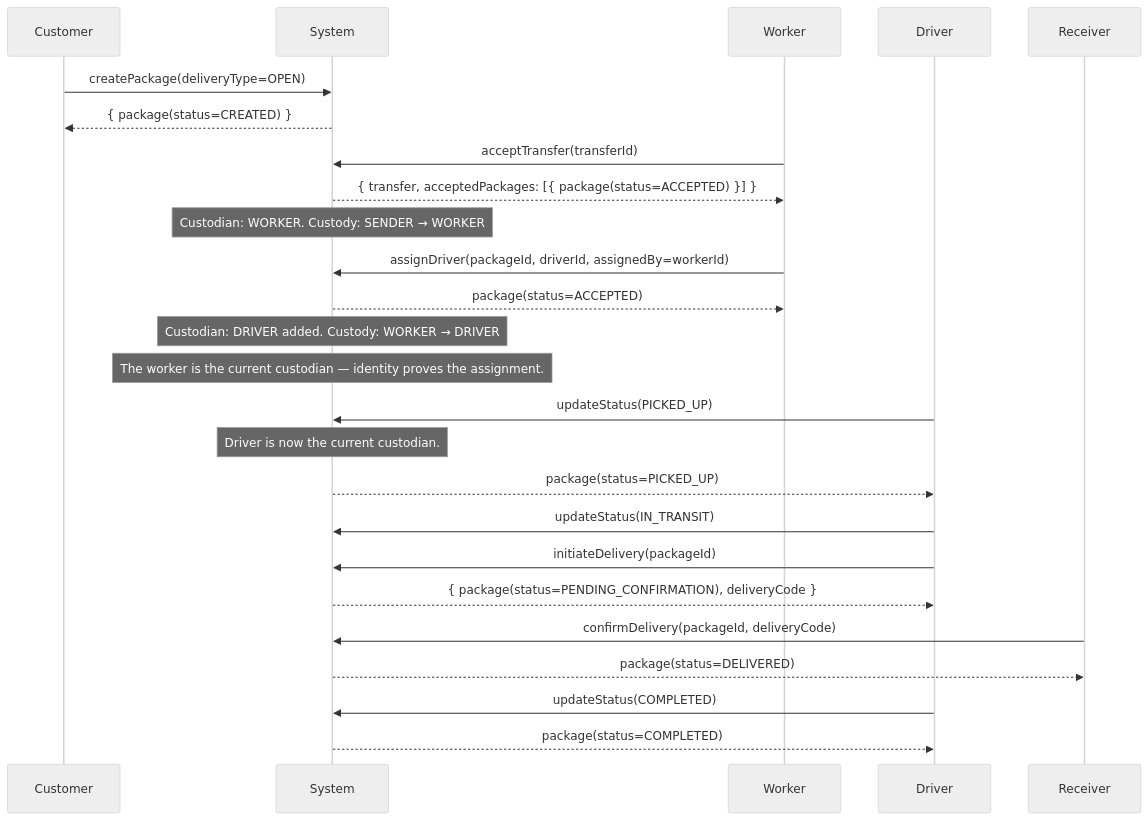
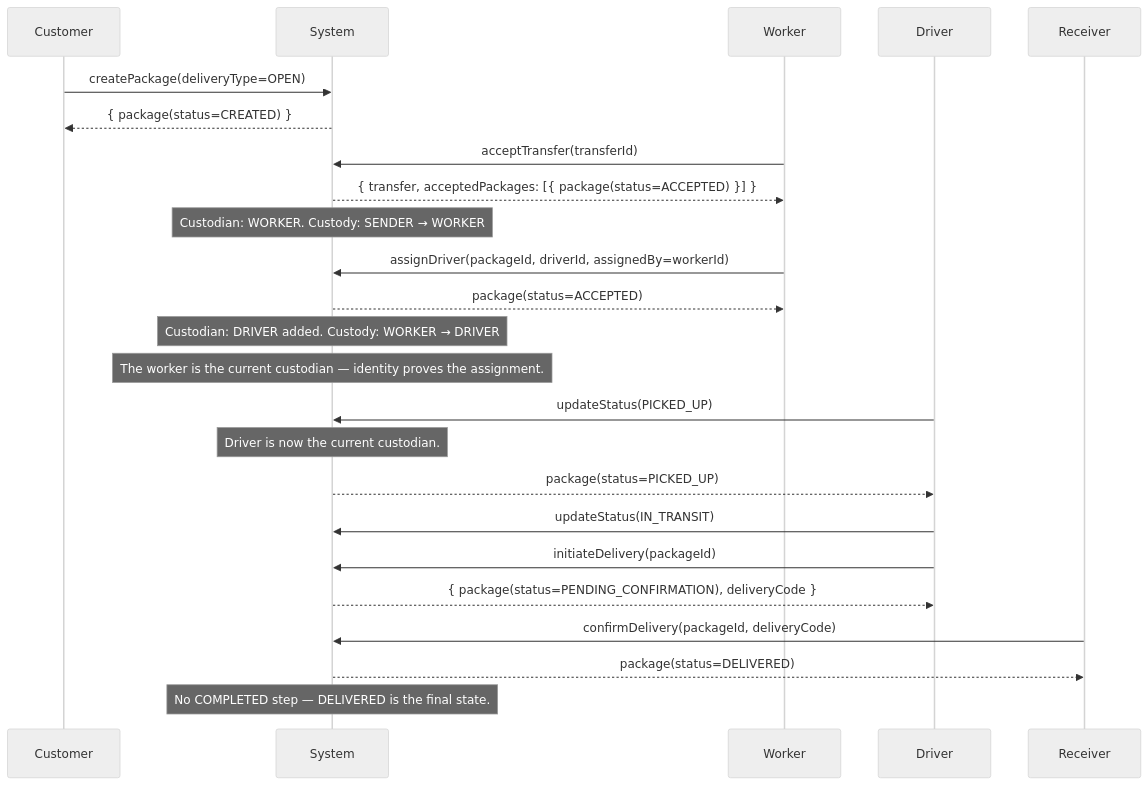
One commit to Genocadio/cavgobackend changed the fourth of 9 diagrams in ikuriyebackend/PACKAGE_FLOW.md. Above: the diagram before and after it, drawn with Mermaid (neutral theme). The commit also changed other lines of this file and 8 other files, not shown here.

````diff
--- a/ikuriyebackend/PACKAGE_FLOW.md
+++ b/ikuriyebackend/PACKAGE_FLOW.md
@@ -303,32 +319,31 @@
 ```mermaid
 sequenceDiagram
     participant C as Customer
     participant S as System
     participant W as Worker
     participant D as Driver
     participant R as Receiver
 
     C->>S: createPackage(deliveryType=OPEN)
     S-->>C: { package(status=CREATED) }
 
     W->>S: acceptTransfer(transferId)
     S-->>W: { transfer, acceptedPackages: [{ package(status=ACCEPTED) }] }
     Note over S: Custodian: WORKER. Custody: SENDER → WORKER
 
     W->>S: assignDriver(packageId, driverId, assignedBy=workerId)
     S-->>W: package(status=ACCEPTED)
     Note over S: Custodian: DRIVER added. Custody: WORKER → DRIVER
     Note over S: The worker is the current custodian — identity proves the assignment.
 
     D->>S: updateStatus(PICKED_UP)
     Note over S: Driver is now the current custodian.
     S-->>D: package(status=PICKED_UP)
 
     D->>S: updateStatus(IN_TRANSIT)
     D->>S: initiateDelivery(packageId)
     S-->>D: { package(status=PENDING_CONFIRMATION), deliveryCode }
     R->>S: confirmDelivery(packageId, deliveryCode)
     S-->>R: package(status=DELIVERED)
-    D->>S: updateStatus(COMPLETED)
-    S-->>D: package(status=COMPLETED)
+    Note over S: No COMPLETED step — DELIVERED is the final state.
 ```
````
